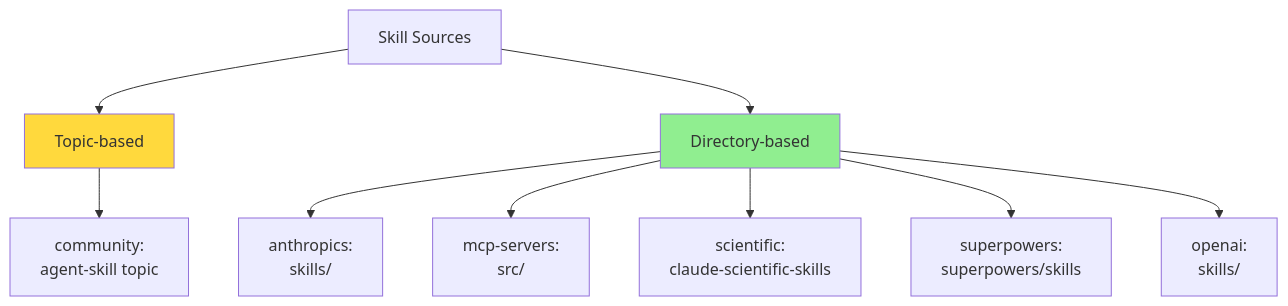
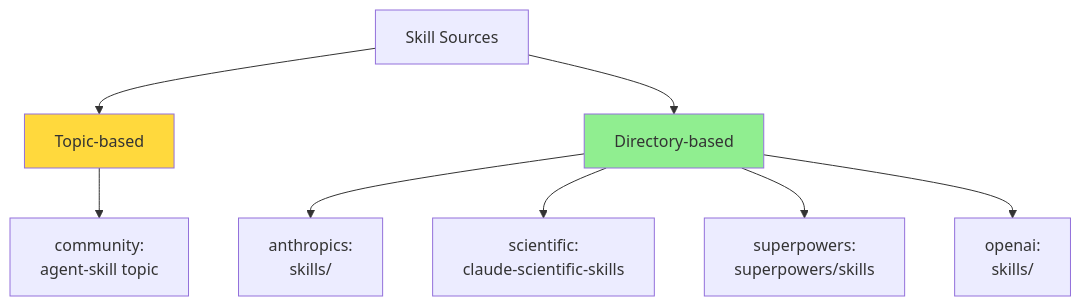
Diagram 11 of 12 in docs/architecture.md (rzyns/ask), drawn with Mermaid before and after one commit. The commit also changed 7 other files, not shown here.

Commit message:
fix: remove mcp-servers from default repos (not skill format)

````diff
--- a/docs/architecture.md
+++ b/docs/architecture.md
@@ -306,17 +306,16 @@
 ```mermaid
 graph TB
     Sources[Skill Sources]
     Sources --> Topic[Topic-based]
     Sources --> Dir[Directory-based]
     
     Topic --> T1[community:<br/>agent-skill topic]
     
     Dir --> D1[anthropics:<br/>skills/]
-    Dir --> D2[mcp-servers:<br/>src/]
-    Dir --> D3[scientific:<br/>claude-scientific-skills]
-    Dir --> D4[superpowers:<br/>superpowers/skills]
-    Dir --> D5[openai:<br/>skills/]
+    Dir --> D2[scientific:<br/>claude-scientific-skills]
+    Dir --> D3[superpowers:<br/>superpowers/skills]
+    Dir --> D4[openai:<br/>skills/]
     
     style Topic fill:#ffd93d
     style Dir fill:#90ee90
 ```
````
